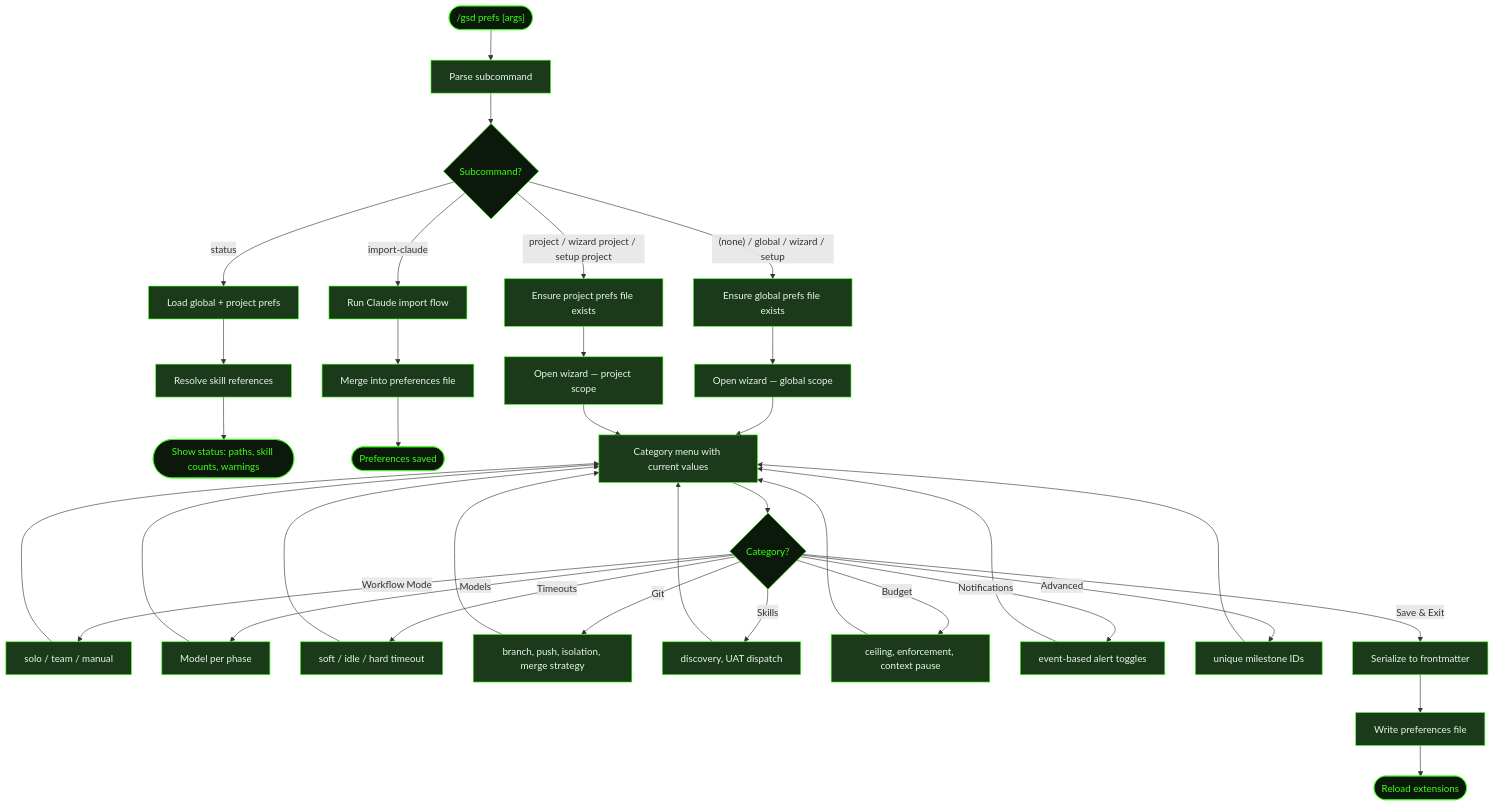
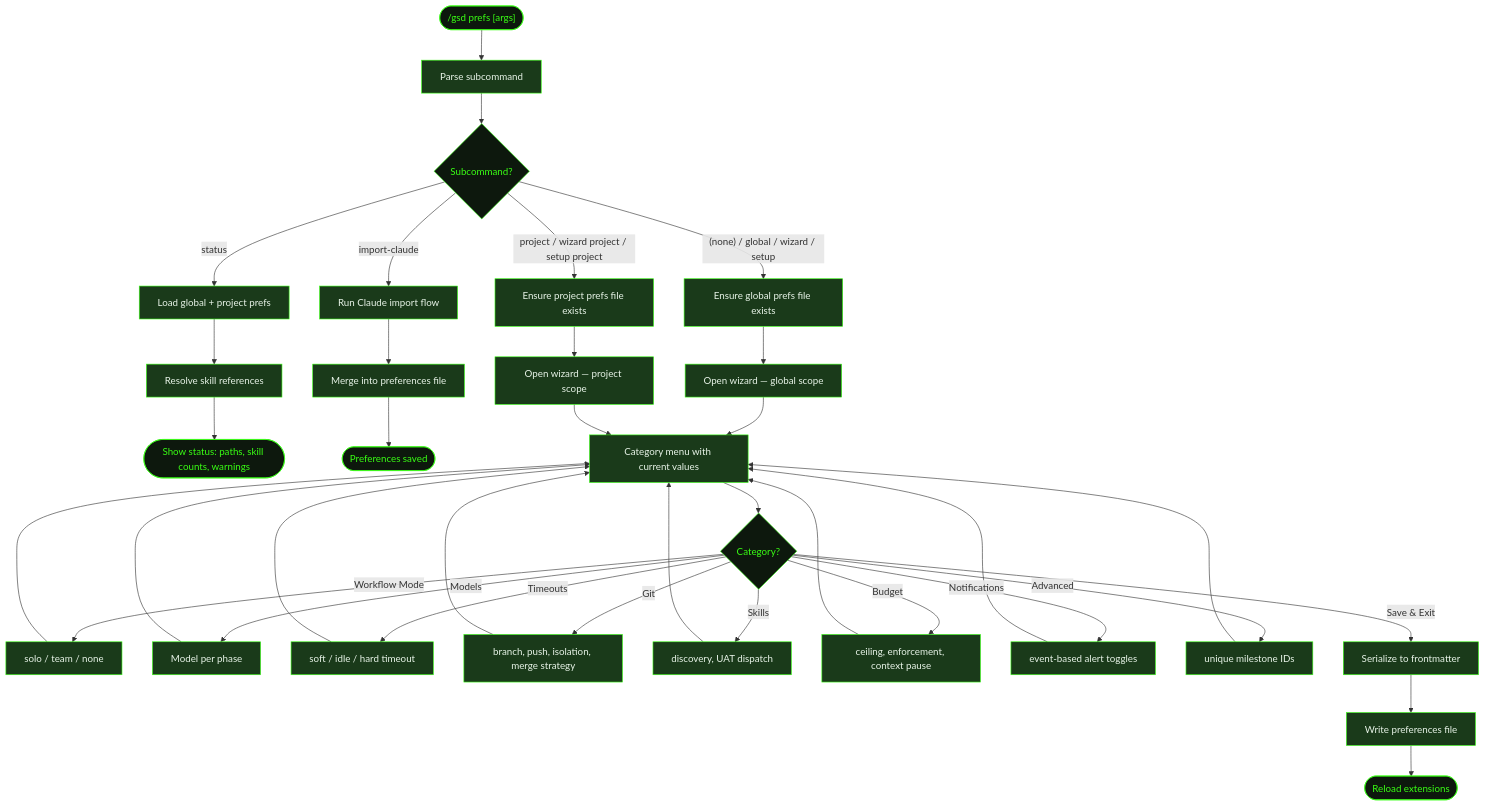
Before and after one commit to shusha-group/gsd2-guide: the diagram in src/content/docs/commands/prefs.mdx, drawn with Mermaid. The commit also changed other lines of this file and 33 other files, not shown here.

````diff
--- a/src/content/docs/commands/prefs.mdx
+++ b/src/content/docs/commands/prefs.mdx
@@ -30,71 +30,71 @@
 ```mermaid
 flowchart TD
     Start(["/gsd prefs [args]"]) --> Parse[Parse subcommand]
     Parse --> Route{Subcommand?}
 
     Route -->|"(none) / global / wizard / setup"| EnsureG[Ensure global prefs file exists]
     EnsureG --> WizG[Open wizard — global scope]
 
     Route -->|"project / wizard project / setup project"| EnsureP[Ensure project prefs file exists]
     EnsureP --> WizP[Open wizard — project scope]
 
     Route -->|status| LoadBoth[Load global + project prefs]
     LoadBoth --> Resolve[Resolve skill references]
     Resolve --> Display([Show status: paths, skill counts, warnings])
 
     Route -->|import-claude| Import[Run Claude import flow]
     Import --> Merge[Merge into preferences file]
     Merge --> Saved([Preferences saved])
 
     WizG --> Menu[Category menu with current values]
     WizP --> Menu
 
     Menu --> Cat{Category?}
-    Cat -->|Workflow Mode| CfgMode[solo / team / manual]
+    Cat -->|Workflow Mode| CfgMode[solo / team / none]
     Cat -->|Models| CfgModels[Model per phase]
     Cat -->|Timeouts| CfgTime[soft / idle / hard timeout]
     Cat -->|Git| CfgGit[branch, push, isolation, merge strategy]
     Cat -->|Skills| CfgSkills[discovery, UAT dispatch]
     Cat -->|Budget| CfgBudget[ceiling, enforcement, context pause]
     Cat -->|Notifications| CfgNotify[event-based alert toggles]
     Cat -->|Advanced| CfgAdv[unique milestone IDs]
     Cat -->|Save & Exit| Save[Serialize to frontmatter]
 
     CfgMode --> Menu
     CfgModels --> Menu
     CfgTime --> Menu
     CfgGit --> Menu
     CfgSkills --> Menu
     CfgBudget --> Menu
     CfgNotify --> Menu
     CfgAdv --> Menu
     Save --> Write[Write preferences file]
     Write --> Reload([Reload extensions])
 
     style Start fill:#0d180d,stroke:#39ff14,color:#39ff14
     style Route fill:#0d180d,stroke:#39ff14,color:#39ff14
     style Cat fill:#0d180d,stroke:#39ff14,color:#39ff14
     style Parse fill:#1a3a1a,stroke:#39ff14,color:#e8f4e8
     style EnsureG fill:#1a3a1a,stroke:#39ff14,color:#e8f4e8
     style EnsureP fill:#1a3a1a,stroke:#39ff14,color:#e8f4e8
     style WizG fill:#1a3a1a,stroke:#39ff14,color:#e8f4e8
     style WizP fill:#1a3a1a,stroke:#39ff14,color:#e8f4e8
     style Menu fill:#1a3a1a,stroke:#39ff14,color:#e8f4e8
     style LoadBoth fill:#1a3a1a,stroke:#39ff14,color:#e8f4e8
     style Resolve fill:#1a3a1a,stroke:#39ff14,color:#e8f4e8
     style Import fill:#1a3a1a,stroke:#39ff14,color:#e8f4e8
     style Merge fill:#1a3a1a,stroke:#39ff14,color:#e8f4e8
     style CfgMode fill:#1a3a1a,stroke:#39ff14,color:#e8f4e8
     style CfgModels fill:#1a3a1a,stroke:#39ff14,color:#e8f4e8
     style CfgTime fill:#1a3a1a,stroke:#39ff14,color:#e8f4e8
     style CfgGit fill:#1a3a1a,stroke:#39ff14,color:#e8f4e8
     style CfgSkills fill:#1a3a1a,stroke:#39ff14,color:#e8f4e8
     style CfgBudget fill:#1a3a1a,stroke:#39ff14,color:#e8f4e8
     style CfgNotify fill:#1a3a1a,stroke:#39ff14,color:#e8f4e8
     style CfgAdv fill:#1a3a1a,stroke:#39ff14,color:#e8f4e8
     style Save fill:#1a3a1a,stroke:#39ff14,color:#e8f4e8
     style Write fill:#1a3a1a,stroke:#39ff14,color:#e8f4e8
     style Display fill:#0d180d,stroke:#39ff14,color:#39ff14
     style Saved fill:#0d180d,stroke:#39ff14,color:#39ff14
     style Reload fill:#0d180d,stroke:#39ff14,color:#39ff14
 ```
````
